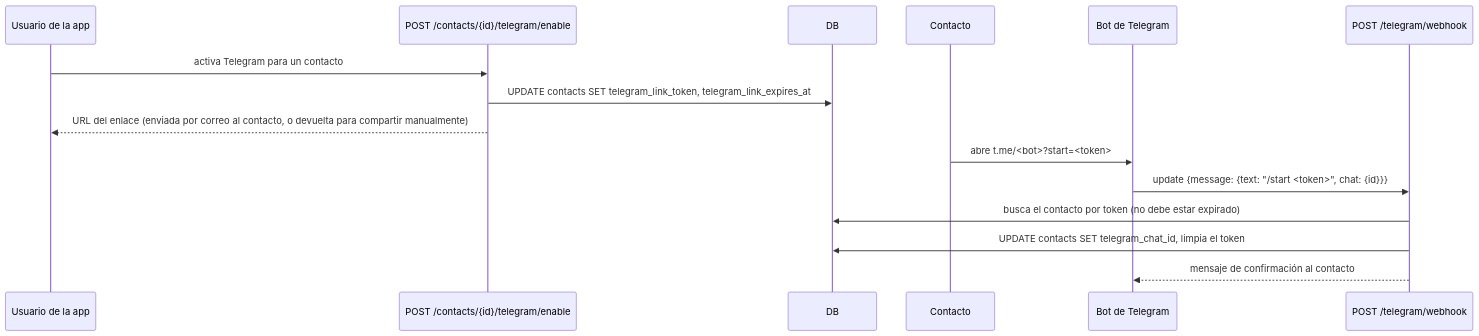
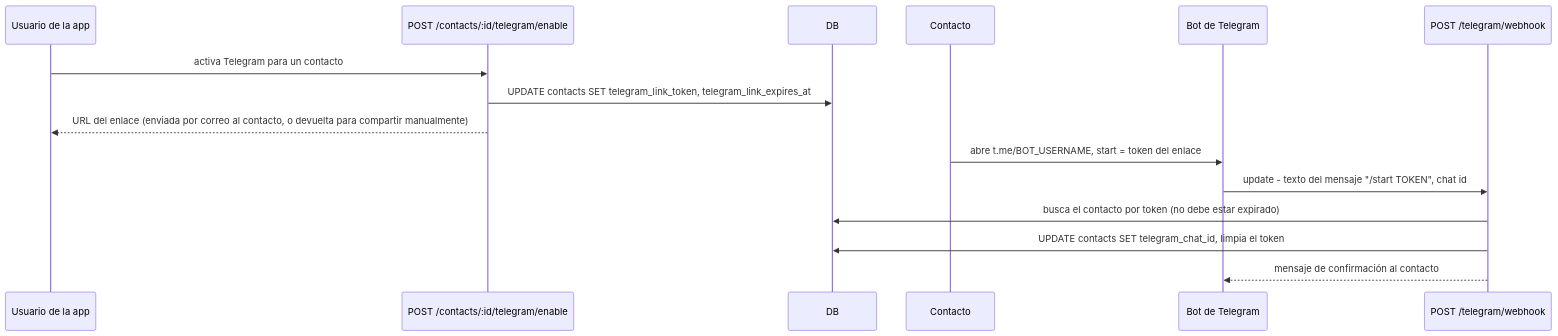
Before and after one commit to skellent/iOS-compiler: the third of 3 diagrams in docs/es/backend/notifications.md, drawn with Mermaid. The commit also changed other lines of this file and 9 other files, not shown here.

Commit message:
Mermaid Fix

````diff
--- a/docs/es/backend/notifications.md
+++ b/docs/es/backend/notifications.md
@@ -82,18 +82,18 @@
 ```mermaid
 sequenceDiagram
     participant Usuario as Usuario de la app
-    participant API as POST /contacts/{id}/telegram/enable
+    participant API as POST /contacts/:id/telegram/enable
     participant DB
     participant Contacto
     participant Bot as Bot de Telegram
     participant Webhook as POST /telegram/webhook
 
     Usuario->>API: activa Telegram para un contacto
     API->>DB: UPDATE contacts SET telegram_link_token, telegram_link_expires_at
     API-->>Usuario: URL del enlace (enviada por correo al contacto, o devuelta para compartir manualmente)
-    Contacto->>Bot: abre t.me/<bot>?start=<token>
-    Bot->>Webhook: update {message: {text: "/start <token>", chat: {id}}}
+    Contacto->>Bot: abre t.me/BOT_USERNAME, start = token del enlace
+    Bot->>Webhook: update - texto del mensaje "/start TOKEN", chat id
     Webhook->>DB: busca el contacto por token (no debe estar expirado)
     Webhook->>DB: UPDATE contacts SET telegram_chat_id, limpia el token
     Webhook-->>Bot: mensaje de confirmación al contacto
 ```
````
